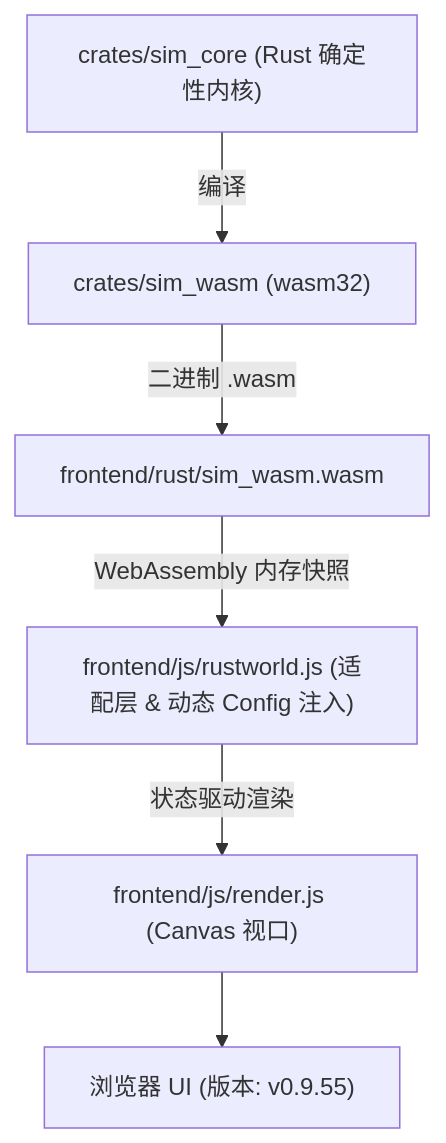
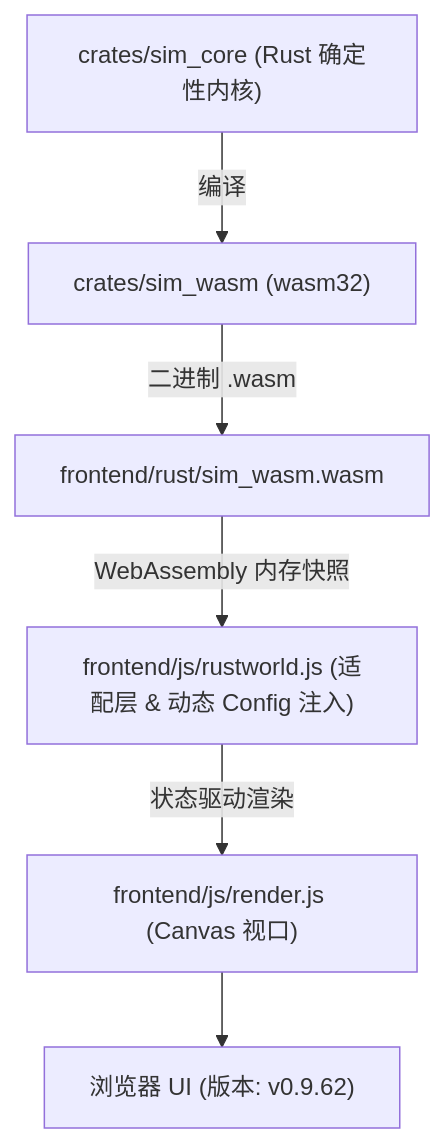
Before and after one commit to g39088902/FlowAndAccord: the diagram in AGENTS.md, drawn with Mermaid. The commit also changed other lines of this file and 18 other files, not shown here.

````diff
--- a/AGENTS.md
+++ b/AGENTS.md
@@ -42,8 +42,8 @@
 ```mermaid
 graph TD
     A["crates/sim_core (Rust 确定性内核)"] -->|编译| B["crates/sim_wasm (wasm32)"]
     B -->|二进制 .wasm| C["frontend/rust/sim_wasm.wasm"]
     C -->|WebAssembly 内存快照| D["frontend/js/rustworld.js (适配层 & 动态 Config 注入)"]
     D -->|状态驱动渲染| E["frontend/js/render.js (Canvas 视口)"]
-    E --> F["浏览器 UI (版本: v0.9.55)"]
+    E --> F["浏览器 UI (版本: v0.9.62)"]
 ```
````
